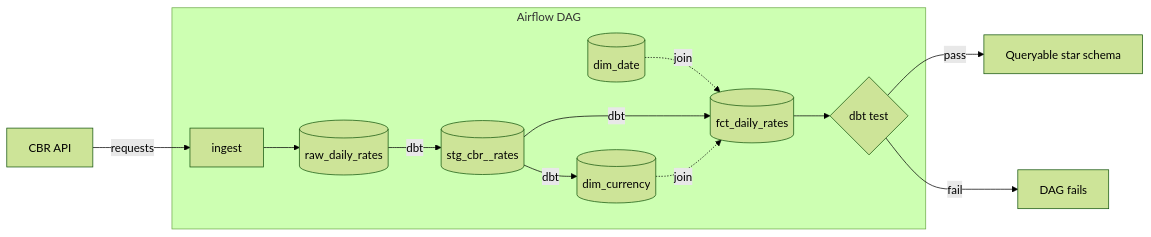
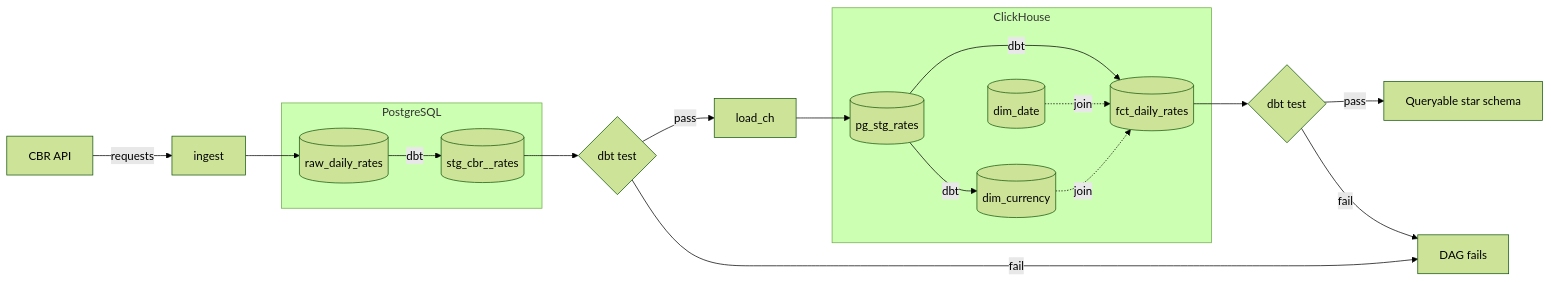
One commit to eyshenrory/actual-valute changed the diagram in README.md. Above: the diagram before and after it, drawn with Mermaid (forest theme). The commit also changed other lines of this file, not shown here.

````diff
--- a/README.md
+++ b/README.md
@@ -11,23 +12,29 @@
 ```mermaid
 flowchart LR
     A[CBR API] -->|requests| B[ingest]
     B --> C[(raw_daily_rates)]
     C -->|dbt| D[(stg_cbr__rates)]
-    D -->|dbt| E[(dim_currency)]
+    D --> T1{dbt test}
+    T1 -->|pass| L[load_ch]
+    L --> S[(pg_stg_rates)]
+    S -->|dbt| E[(dim_currency)]
+    S -->|dbt| G[(fct_daily_rates)]
     F[(dim_date)] -.-> |join| G
-    D -->|dbt| G[(fct_daily_rates)]
     E -.-> |join| G
     G --> H{dbt test}
     H -->|pass| I[Queryable star schema]
     H -->|fail| J[DAG fails]
+    T1 -->|fail| J
 
-    subgraph Airflow DAG
-        B
+    subgraph PostgreSQL
         C
         D
+    end
+
+    subgraph ClickHouse
+        S
         E
         F
         G
-        H
     end
 ```
````
